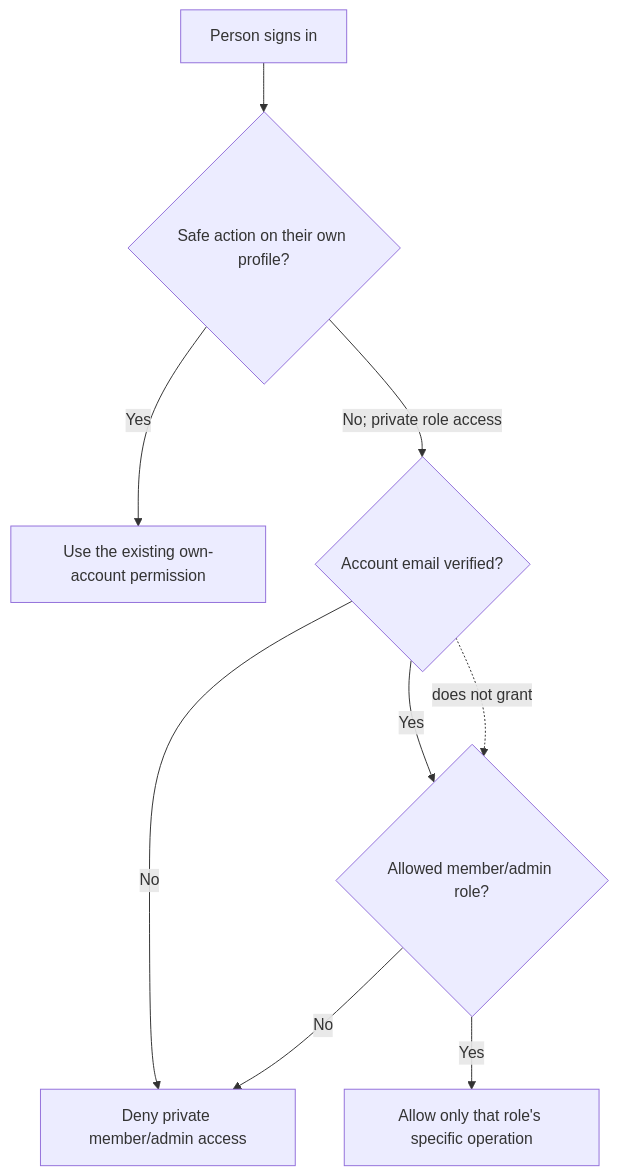
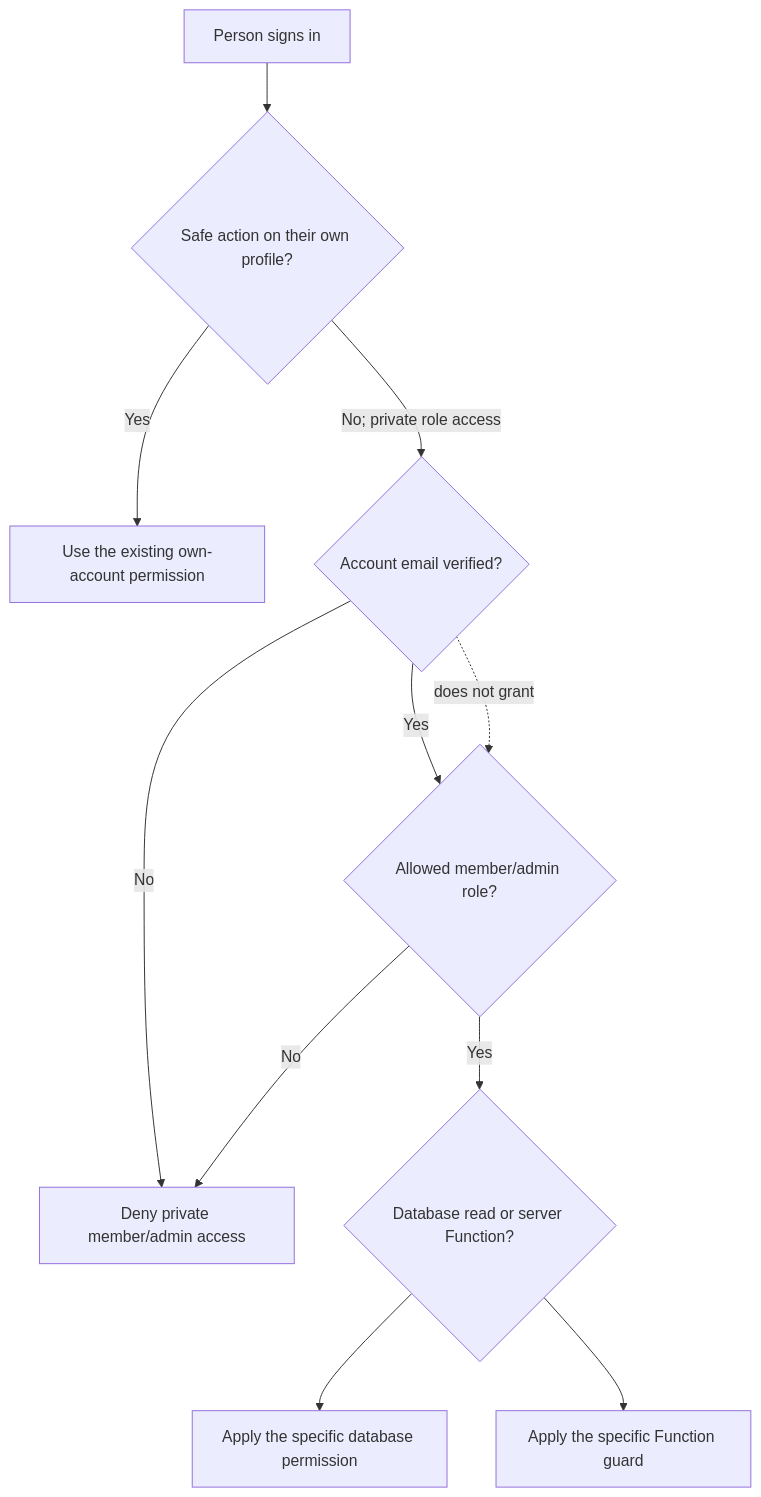
One commit to Run-MPRC/Run-MPRC.github.io changed the fifth of 8 diagrams in docs/officers/SYSTEM_MAPS.md. Above: the diagram before and after it, drawn with Mermaid. The commit also changed other lines of this file and 18 other files, not shown here.

````diff
--- a/docs/officers/SYSTEM_MAPS.md
+++ b/docs/officers/SYSTEM_MAPS.md
@@ -88,11 +88,13 @@
 ```mermaid
 flowchart TD
     SignIn["Person signs in"] --> Own{"Safe action on their own profile?"}
     Own -- "Yes" --> Self["Use the existing own-account permission"]
     Own -- "No; private role access" --> Verified{"Account email verified?"}
     Verified -- "No" --> Deny["Deny private member/admin access"]
     Verified -- "Yes" --> Role{"Allowed member/admin role?"}
     Role -- "No" --> Deny
-    Role -- "Yes" --> Allow["Allow only that role's specific operation"]
+    Role -- "Yes" --> Surface{"Database read or server Function?"}
+    Surface --> Rules["Apply the specific database permission"]
+    Surface --> Function["Apply the specific Function guard"]
     Verified -. "does not grant" .-> Role
 ```
````
